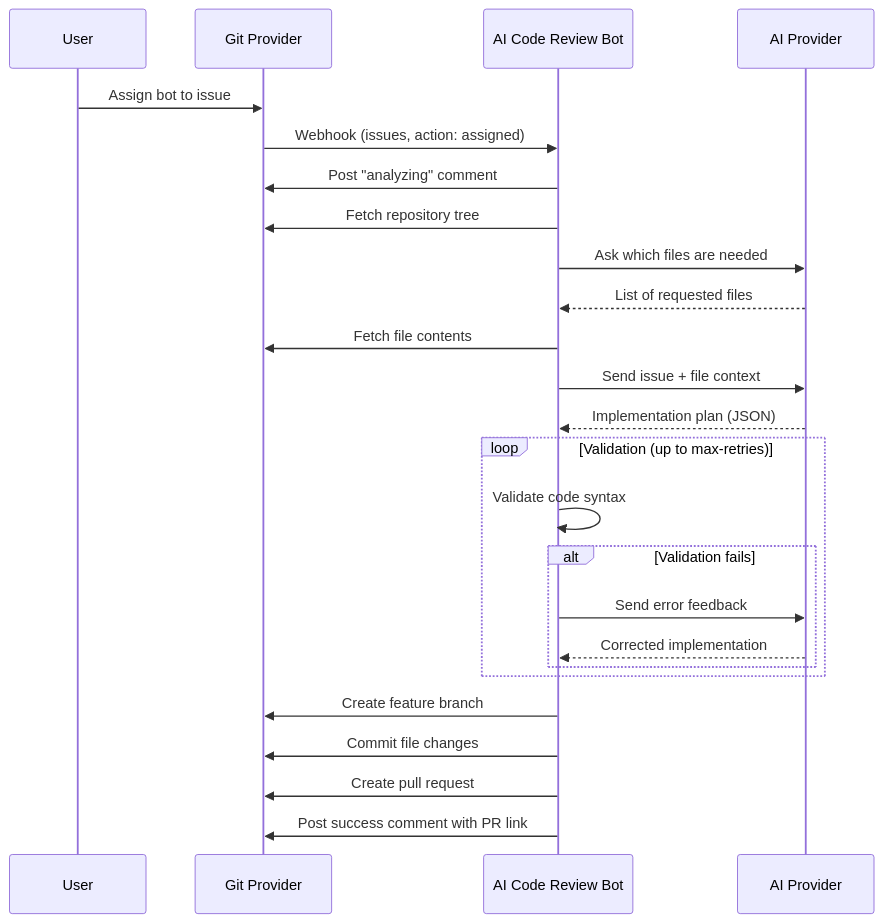
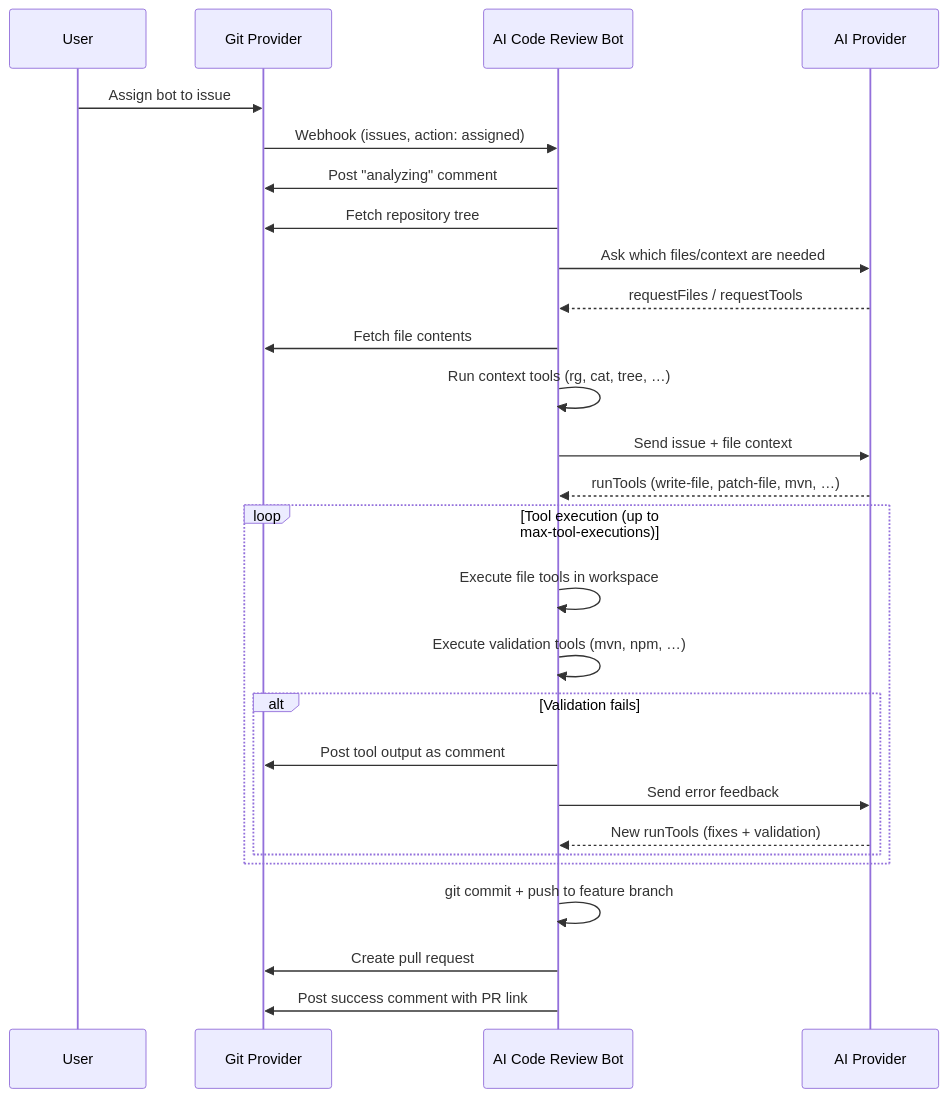
One commit to Dakraid/ai-git-bot changed the diagram in doc/AGENT.md. Above: the diagram before and after it, drawn with Mermaid. The commit also changed other lines of this file and 4 other files, not shown here.

````diff
--- a/doc/AGENT.md
+++ b/doc/AGENT.md
@@ -7,30 +4,29 @@
 ```mermaid
 sequenceDiagram
     participant User
     participant Git as Git Provider
     participant Bot as AI Code Review Bot
     participant AI as AI Provider
-
     User->>Git: Assign bot to issue
     Git->>Bot: Webhook (issues, action: assigned)
     Bot->>Git: Post "analyzing" comment
     Bot->>Git: Fetch repository tree
-    Bot->>AI: Ask which files are needed
-    AI-->>Bot: List of requested files
+    Bot->>AI: Ask which files/context are needed
+    AI-->>Bot: requestFiles / requestTools
     Bot->>Git: Fetch file contents
+    Bot->>Bot: Run context tools (rg, cat, tree, …)
     Bot->>AI: Send issue + file context
-    AI-->>Bot: Implementation plan (JSON)
-    
-    loop Validation (up to max-retries)
-        Bot->>Bot: Validate code syntax
+    AI-->>Bot: runTools (write-file, patch-file, mvn, …)
+    loop Tool execution (up to max-tool-executions)
+        Bot->>Bot: Execute file tools in workspace
+        Bot->>Bot: Execute validation tools (mvn, npm, …)
         alt Validation fails
+            Bot->>Git: Post tool output as comment
             Bot->>AI: Send error feedback
-            AI-->>Bot: Corrected implementation
+            AI-->>Bot: New runTools (fixes + validation)
         end
     end
-    
-    Bot->>Git: Create feature branch
-    Bot->>Git: Commit file changes
+    Bot->>Bot: git commit + push to feature branch
     Bot->>Git: Create pull request
     Bot->>Git: Post success comment with PR link
 ```
````
